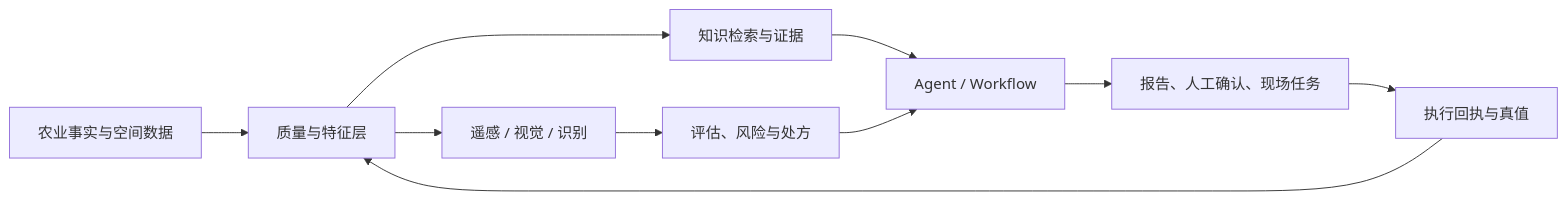
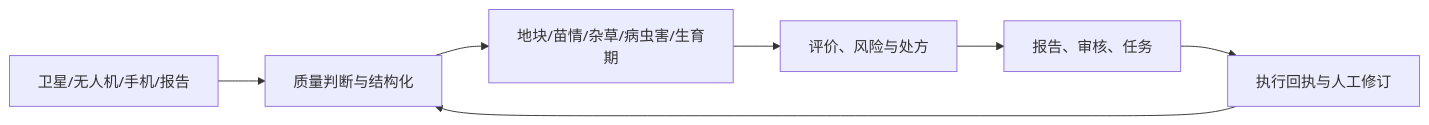
Before and after one commit to Lzzyyy123/farmlynk-model-technology-portfolio: the diagram in deliverables/技术资产与研发路线 V2.0.md, drawn with Mermaid. The commit also changed other lines of this file and 35 other files, not shown here.

````diff
--- a/deliverables/技术资产与研发路线 V2.0.md
+++ b/deliverables/技术资产与研发路线 V2.0.md
@@ -175,12 +80,9 @@
 ```mermaid
 flowchart LR
-  A[农业事实与空间数据] --> B[质量与特征层]
-  B --> C[遥感 / 视觉 / 识别]
-  C --> D[评估、风险与处方]
-  B --> E[知识检索与证据]
-  E --> F[Agent / Workflow]
-  D --> F
-  F --> G[报告、人工确认、现场任务]
-  G --> H[执行回执与真值]
-  H --> B
+  A[卫星/无人机/手机/报告] --> B[质量判断与结构化]
+  B --> C[地块/苗情/杂草/病虫害/生育期]
+  C --> D[评价、风险与处方]
+  D --> E[报告、审核、任务]
+  E --> F[执行回执与人工修订]
+  F --> B
 ```
````
